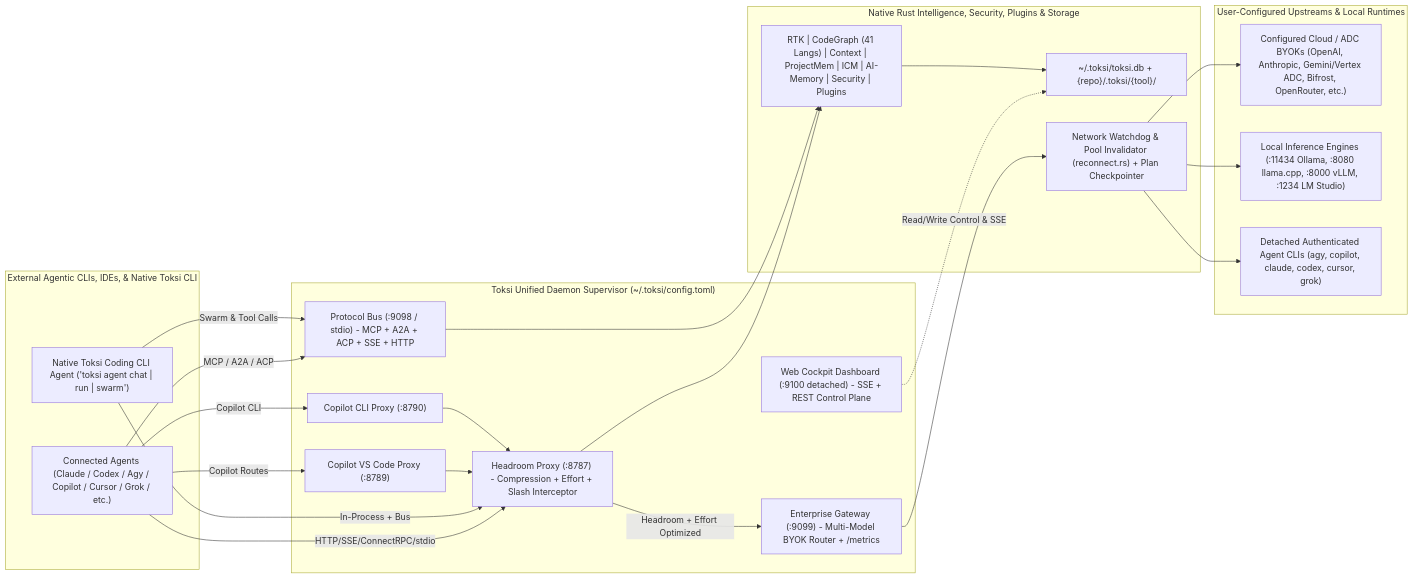
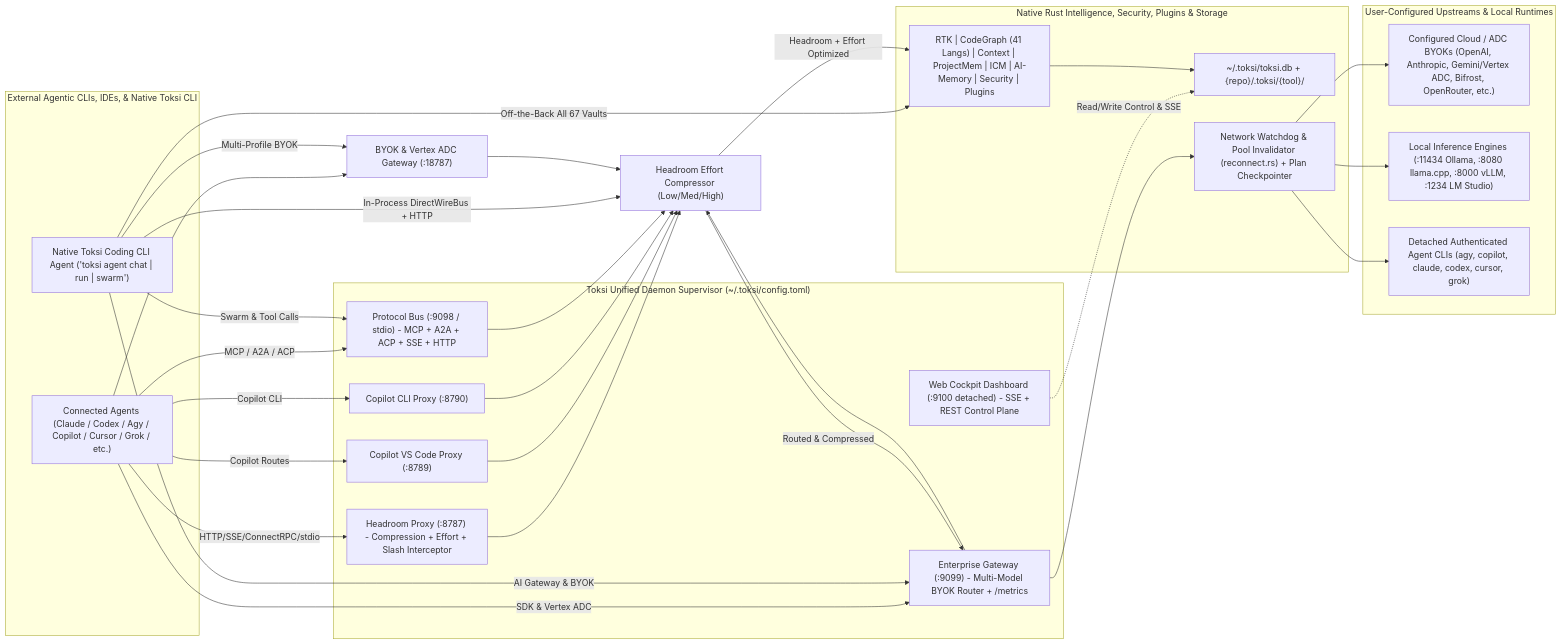
The first of 3 diagrams in crates/toksi/research/RESEARCHPLAN.md (Navegos/neo), drawn with Mermaid before and after one commit. The commit also changed other lines of this file and 18 other files, not shown here.

````diff
--- a/crates/toksi/research/RESEARCHPLAN.md
+++ b/crates/toksi/research/RESEARCHPLAN.md
@@ -247,47 +247,55 @@
 ```mermaid
 flowchart LR
     subgraph Clients["External Agentic CLIs, IDEs, & Native Toksi CLI"]
         A1["Connected Agents (Claude / Codex / Agy / Copilot / Cursor / Grok / etc.)"]
         A2["Native Toksi Coding CLI Agent ('toksi agent chat | run | swarm')"]
     end
 
     subgraph Runtime["Toksi Unified Daemon Supervisor (~/.toksi/config.toml)"]
         P8787["Headroom Proxy (:8787) - Compression + Effort + Slash Interceptor"]
         P8789["Copilot VS Code Proxy (:8789)"]
         P8790["Copilot CLI Proxy (:8790)"]
         P9098["Protocol Bus (:9098 / stdio) - MCP + A2A + ACP + SSE + HTTP"]
         P9099["Enterprise Gateway (:9099) - Multi-Model BYOK Router + /metrics"]
         P9100["Web Cockpit Dashboard (:9100 detached) - SSE + REST Control Plane"]
     end
 
     subgraph Core["Native Rust Intelligence, Security, Plugins & Storage"]
         Tools["RTK | CodeGraph (41 Langs) | Context | ProjectMem | ICM | AI-Memory | Security | Plugins"]
         DB["~/.toksi/toksi.db + {repo}/.toksi/{tool}/"]
         Heal["Network Watchdog & Pool Invalidator (reconnect.rs) + Plan Checkpointer"]
     end
 
     subgraph Upstream["User-Configured Upstreams & Local Runtimes"]
         Cloud["Configured Cloud / ADC BYOKs (OpenAI, Anthropic, Gemini/Vertex ADC, Bifrost, OpenRouter, etc.)"]
         Local["Local Inference Engines (:11434 Ollama, :8080 llama.cpp, :8000 vLLM, :1234 LM Studio)"]
         CLI["Detached Authenticated Agent CLIs (agy, copilot, claude, codex, cursor, grok)"]
     end
 
     A1 -->|HTTP/SSE/ConnectRPC/stdio| P8787
     A1 -->|Copilot Routes| P8789
     A1 -->|Copilot CLI| P8790
     A1 -->|MCP / A2A / ACP| P9098
-    A2 -->|In-Process + Bus| P8787
+    A1 -->|SDK & Vertex ADC| P9099
+    A1 -->|"<byok, model, effort>"| P18787["BYOK & Vertex ADC Gateway (:18787)"]
+    A2 -->|In-Process DirectWireBus + HTTP| Compress["Headroom Effort Compressor (Low/Med/High)"]
     A2 -->|Swarm & Tool Calls| P9098
+    A2 -->|AI Gateway & BYOK| P9099
+    A2 -->|Multi-Profile BYOK| P18787
+    A2 -->|Off-the-Back All 67 Vaults| Tools
 
-    P8787 --> Tools
-    P8787 -->|Headroom + Effort Optimized| P9099
-    P8789 --> P8787
-    P8790 --> P8787
-    P9098 --> Tools
+    P8787 --> Compress
+    P8789 --> Compress
+    P8790 --> Compress
+    P9098 --> Compress
+    P9099 --> Compress
+    P18787 --> Compress
+    Compress -->|Headroom + Effort Optimized| Tools
+    Compress -->|Routed & Compressed| P9099
     P9099 --> Heal
     Heal --> Cloud
     Heal --> Local
     Heal --> CLI
     P9100 -.->|Read/Write Control & SSE| DB
     Tools --> DB
 ```
````
